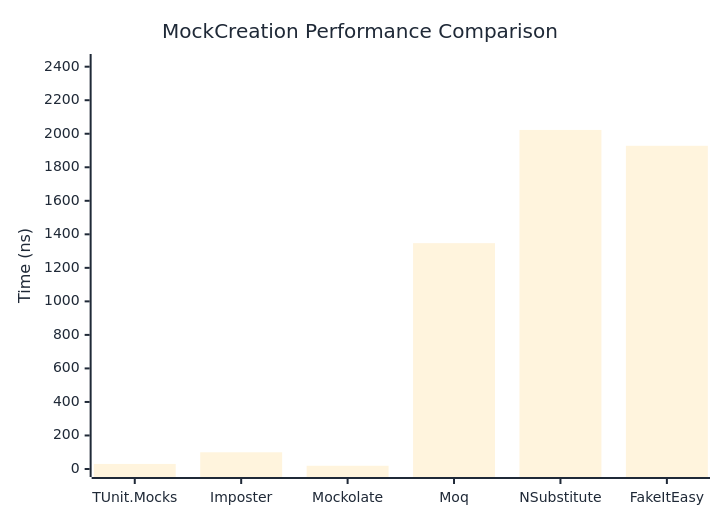
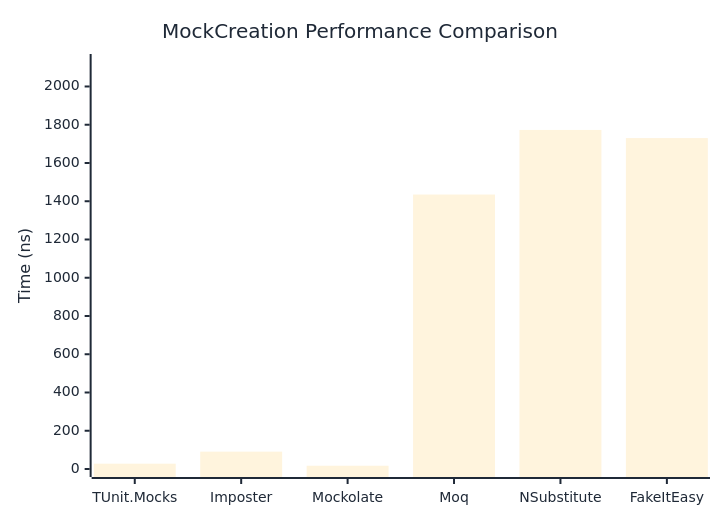
One commit to thomhurst/TUnit changed the first of 2 diagrams in docs/docs/benchmarks/mocks/MockCreation.md. Above: the diagram before and after it, drawn with Mermaid. The commit also changed other lines of this file and 14 other files, not shown here.

````diff
--- a/docs/docs/benchmarks/mocks/MockCreation.md
+++ b/docs/docs/benchmarks/mocks/MockCreation.md
@@ -30,27 +30,27 @@
 ```mermaid
 %%{init: {
   'theme':'base',
   'themeVariables': {
     'primaryColor': '#2563eb',
     'primaryTextColor': '#1f2937',
     'primaryBorderColor': '#1e40af',
     'lineColor': '#6b7280',
     'secondaryColor': '#7c3aed',
     'tertiaryColor': '#dc2626',
     'background': '#ffffff',
     'pie1': '#2563eb',
     'pie2': '#7c3aed',
     'pie3': '#dc2626',
     'pie4': '#f59e0b',
     'pie5': '#10b981',
     'pie6': '#06b6d4',
     'pie7': '#ec4899',
     'pie8': '#6366f1'
   }
 }}%%
 xychart-beta
   title "MockCreation Performance Comparison"
   x-axis ["TUnit.Mocks", "Imposter", "Mockolate", "Moq", "NSubstitute", "FakeItEasy"]
-  y-axis "Time (ns)" 0 --> 2428
-  bar [30.28, 99.81, 19.36, 1347.3, 2022.81, 1928.1]
+  y-axis "Time (ns)" 0 --> 2128
+  bar [27.78, 90.73, 17.13, 1435.04, 1772.83, 1730.2]
 ```
````
